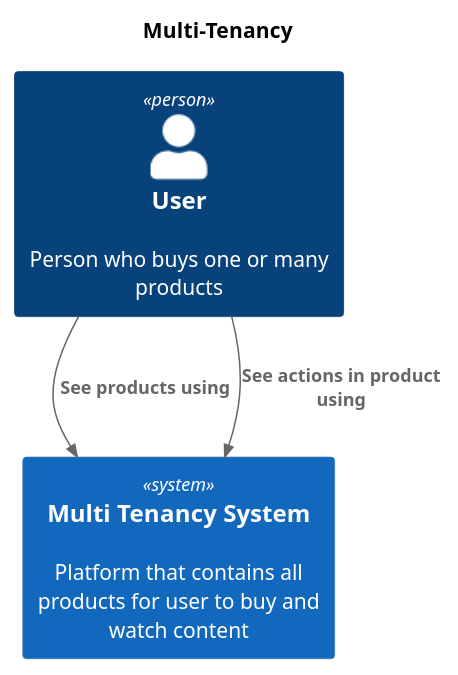
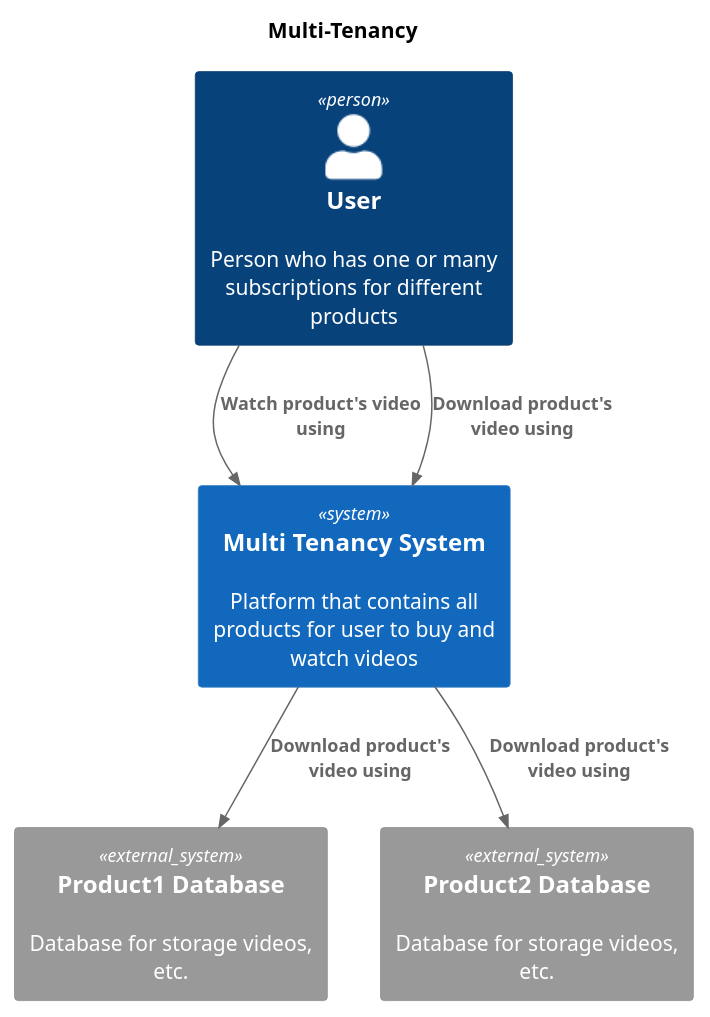
Before and after one commit to danilobandeira29/multitenant: the diagram in @docs/context.puml, drawn with PlantUML. The commit also changed 7 other files, not shown here.

```diff
--- a/@docs/context.puml
+++ b/@docs/context.puml
@@ -1,11 +1,15 @@
 @startuml
 !include https://raw.githubusercontent.com/plantuml-stdlib/C4-PlantUML/master/C4_Context.puml
 
 title "Multi-Tenancy"
 
-Person(user, "User", "Person who buys one or many products")
-System(multitenancy, "Multi Tenancy System", "Platform that contains all products for user to buy and watch content")
+Person(user, "User", "Person who has one or many subscriptions for different products")
+System(multitenancy, "Multi Tenancy System", "Platform that contains all products for user to buy and watch videos")
+System_Ext(multitenancy_db_product1, "Product1 Database", "Database for storage videos, etc.")
+System_Ext(multitenancy_db_product2, "Product2 Database", "Database for storage videos, etc.")
 
-Rel(user, multitenancy, "See products using")
-Rel(user, multitenancy, "See actions in product using")
+Rel(user, multitenancy, "Watch product's video using")
+Rel(user, multitenancy, "Download product's video using")
+Rel(multitenancy, multitenancy_db_product1, "Download product's video using")
+Rel(multitenancy, multitenancy_db_product2, "Download product's video using")
 @enduml
```
